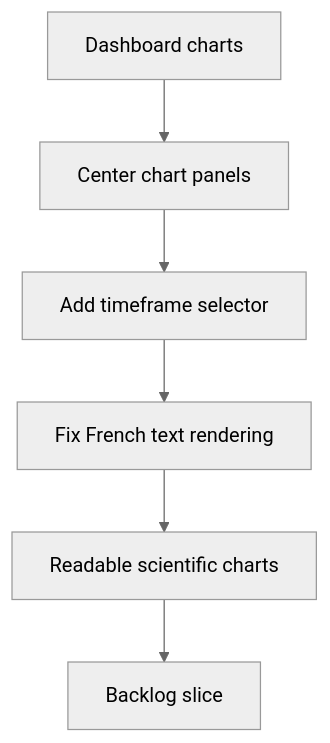
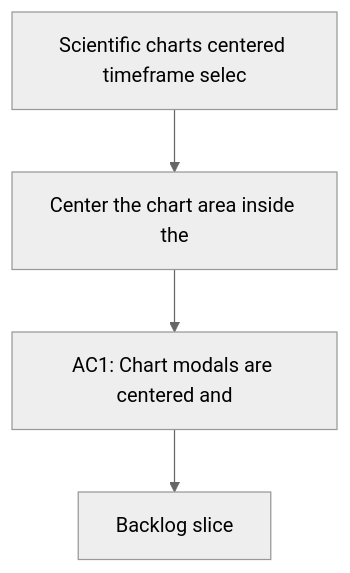
Before and after one commit to Jilanos/Coach_garmin: the diagram in logics/request/req_017_scientific_charts_centered_timeframe_selector_and_french_text_fixes.md, drawn with Mermaid (neutral theme). The commit also changed 36 other files, not shown here.

````diff
--- a/logics/request/req_017_scientific_charts_centered_timeframe_selector_and_french_text_fixes.md
+++ b/logics/request/req_017_scientific_charts_centered_timeframe_selector_and_french_text_fixes.md
@@ -24,10 +24,8 @@
 ```mermaid
 %% logics-kind: request
-%% logics-signature: request|scientific-charts-centered-timeframe-selector|center-the-chart-area-inside-the-modal|ac1-center-chart-panels-and-add-timef
+%% logics-signature: request|scientific-charts-centered-timeframe-sel|center-the-chart-area-inside-the|ac1-chart-modals-are-centered-and
 flowchart TD
-    Input[Dashboard charts] --> Layout[Center chart panels]
-    Layout --> Range[Add timeframe selector]
-    Range --> Text[Fix French text rendering]
-    Text --> Output[Readable scientific charts]
-    Output --> Backlog[Backlog slice]
+    Trigger[Scientific charts centered timeframe selec] --> Need[Center the chart area inside the]
+    Need --> Outcome[AC1: Chart modals are centered and]
+    Outcome --> Backlog[Backlog slice]
 ```
````
